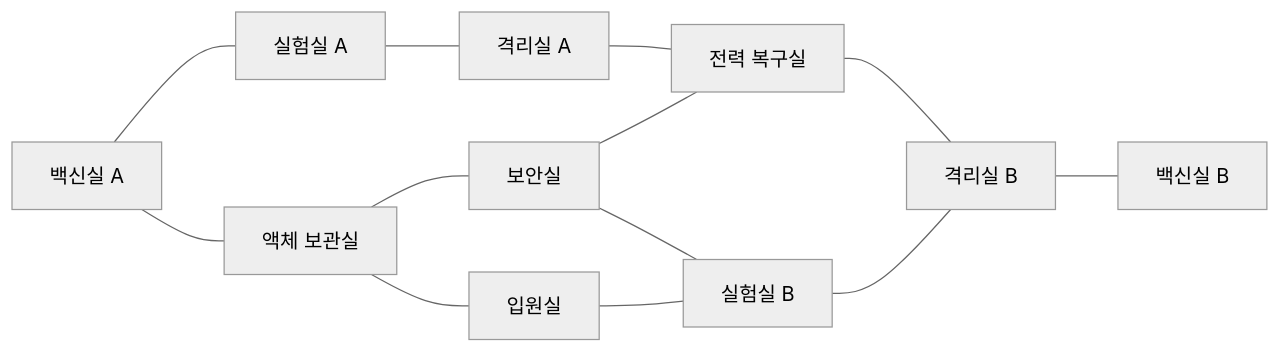
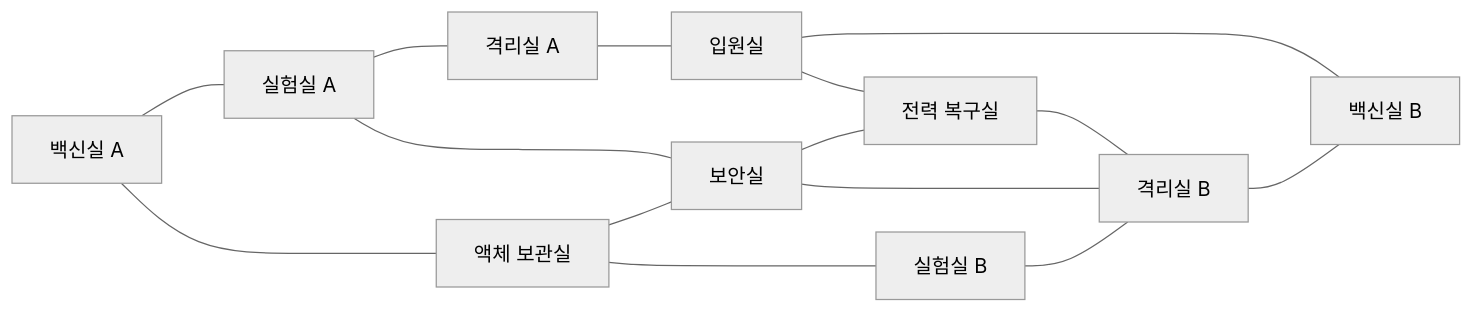
Before and after one commit to junn0s/escape-ukikki: the diagram in docs/map-level-design.md, drawn with Mermaid (neutral theme). The commit also changed other lines of this file and 194 other files, not shown here.

````diff
--- a/docs/map-level-design.md
+++ b/docs/map-level-design.md
@@ -26,15 +28,17 @@
 ```mermaid
 flowchart LR
     VA["백신실 A"] --- LA["실험실 A"]
     VA --- ST["액체 보관실"]
     LA --- QA["격리실 A"]
+    QA --- WD["입원실"]
+    WD --- VB["백신실 B"]
+    WD --- PW["전력 복구실"]
     ST --- SEC["보안실"]
-    ST --- WD["입원실"]
+    ST --- LB["실험실 B"]
+    LA --- SEC
     SEC --- PW["전력 복구실"]
-    SEC --- LB["실험실 B"]
-    QA --- PW
-    PW --- QB["격리실 B"]
-    WD --- LB
     LB --- QB
+    SEC --- QB["격리실 B"]
+    PW --- QB
     QB --- VB["백신실 B"]
 ```
````
